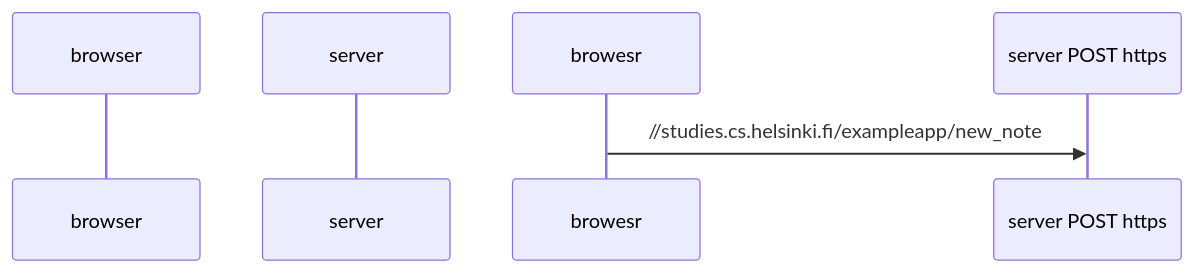
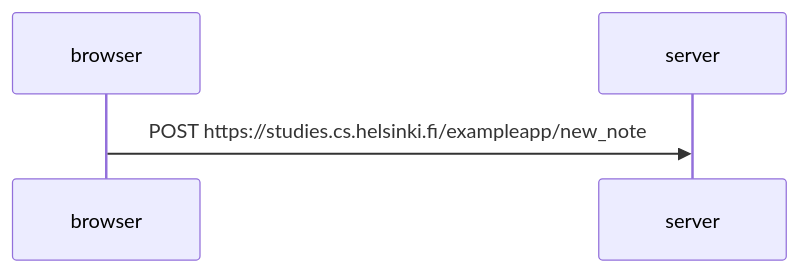
The diagram in part0/new_note_diagram.md (chrisaugust/full-stack-open), drawn with Mermaid before and after one commit.

Commit message:
Fix typo in new_note_diagram

````diff
--- a/part0/new_note_diagram.md
+++ b/part0/new_note_diagram.md
@@ -1,7 +1,7 @@
 ```mermaid
 sequenceDiagram
     participant browser
     participant server
 
-    browesr->>server POST https://studies.cs.helsinki.fi/exampleapp/new_note
+    browser->>server: POST https://studies.cs.helsinki.fi/exampleapp/new_note
 ```
````
